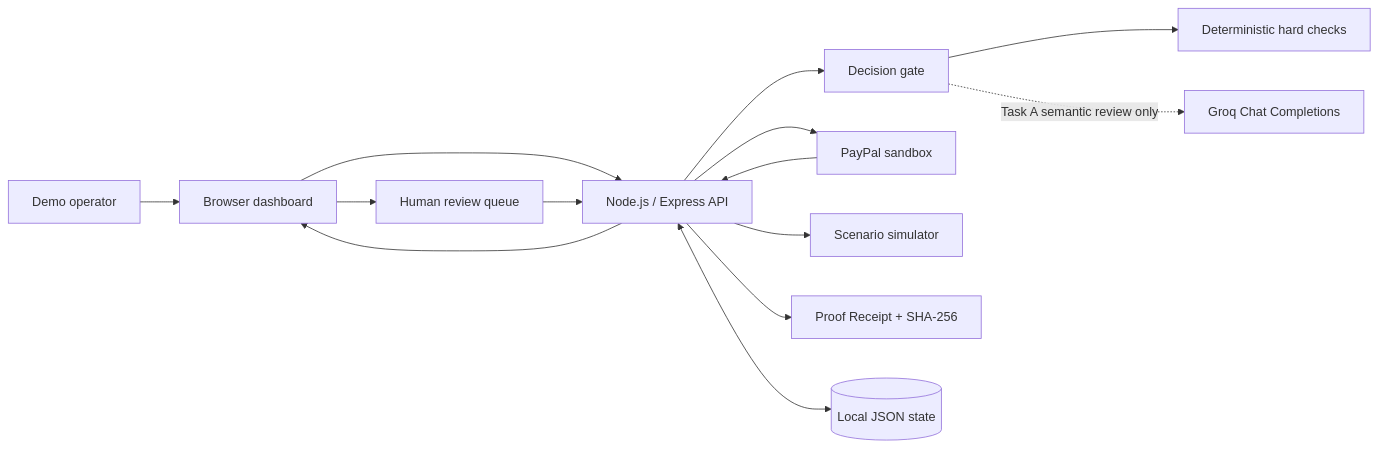
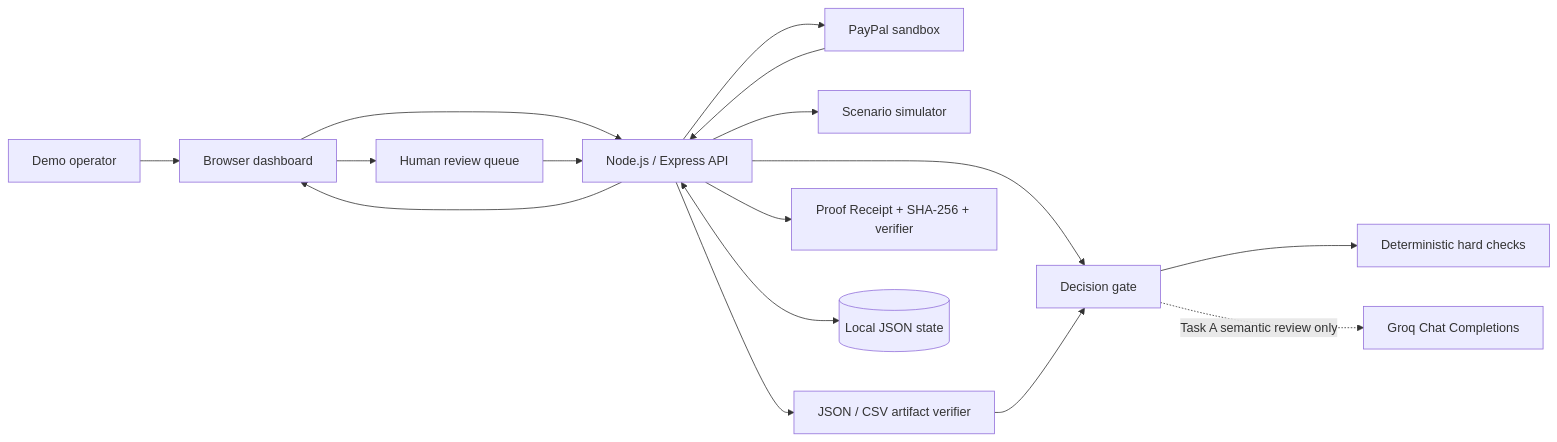
The diagram in docs/ARCHITECTURE.md (Pragnesh-10/pay-on-proof), drawn with Mermaid before and after one commit. The commit also changed other lines of this file and 16 other files, not shown here.

First line of the commit message:
Add artifact verification and receipt integrity

````diff
--- a/docs/ARCHITECTURE.md
+++ b/docs/ARCHITECTURE.md
@@ -5,16 +5,18 @@
 ```mermaid
 flowchart LR
   U[Demo operator] --> UI[Browser dashboard]
   UI --> API[Node.js / Express API]
   API --> GATE[Decision gate]
   GATE --> DET[Deterministic hard checks]
   GATE -. Task A semantic review only .-> GROQ[Groq Chat Completions]
   API --> PAYPAL[PayPal sandbox]
   API --> SIM[Scenario simulator]
-  API --> RECEIPT[Proof Receipt + SHA-256]
+  API --> ARTIFACT[JSON / CSV artifact verifier]
+  ARTIFACT --> GATE
+  API --> RECEIPT[Proof Receipt + SHA-256 + verifier]
   UI --> REVIEW[Human review queue]
   REVIEW --> API
   API <--> STATE[(Local JSON state)]
   PAYPAL --> API
   API --> UI
 ```
````
